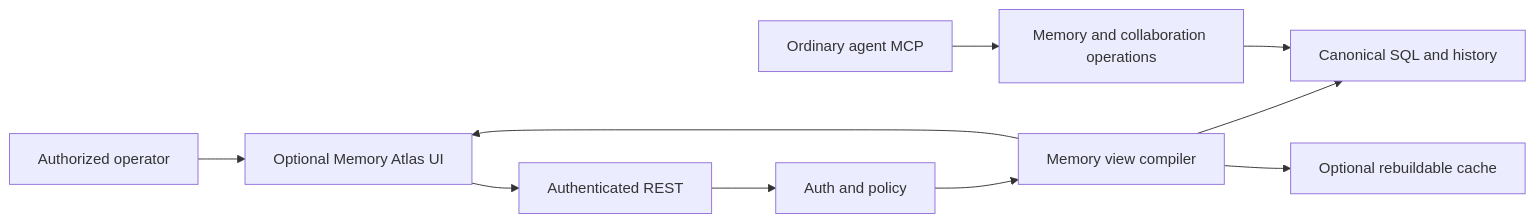
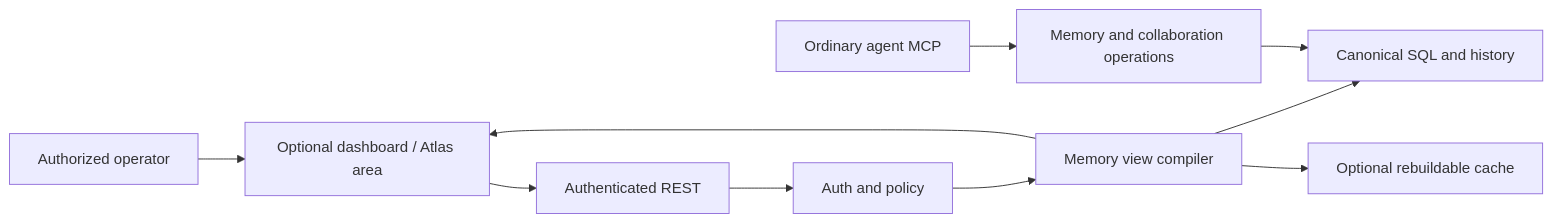
One commit to RamaAditya49/titen changed the diagram in docs/architecture/memory-atlas.md. Above: the diagram before and after it, drawn with Mermaid. The commit also changed other lines of this file and 11 other files, not shown here.

Commit message:
docs: define progressive dashboard information architecture

````diff
--- a/docs/architecture/memory-atlas.md
+++ b/docs/architecture/memory-atlas.md
@@ -26,13 +28,13 @@
 ```mermaid
 flowchart LR
-    O[Authorized operator] --> U[Optional Memory Atlas UI]
+    O[Authorized operator] --> U[Optional dashboard / Atlas area]
     U --> A[Authenticated REST]
     A --> P[Auth and policy]
     P --> V[Memory view compiler]
     V --> S[Canonical SQL and history]
     V --> C[Optional rebuildable cache]
     V --> U
 
     M[Ordinary agent MCP] --> K[Memory and collaboration operations]
     K --> S
 ```
````
